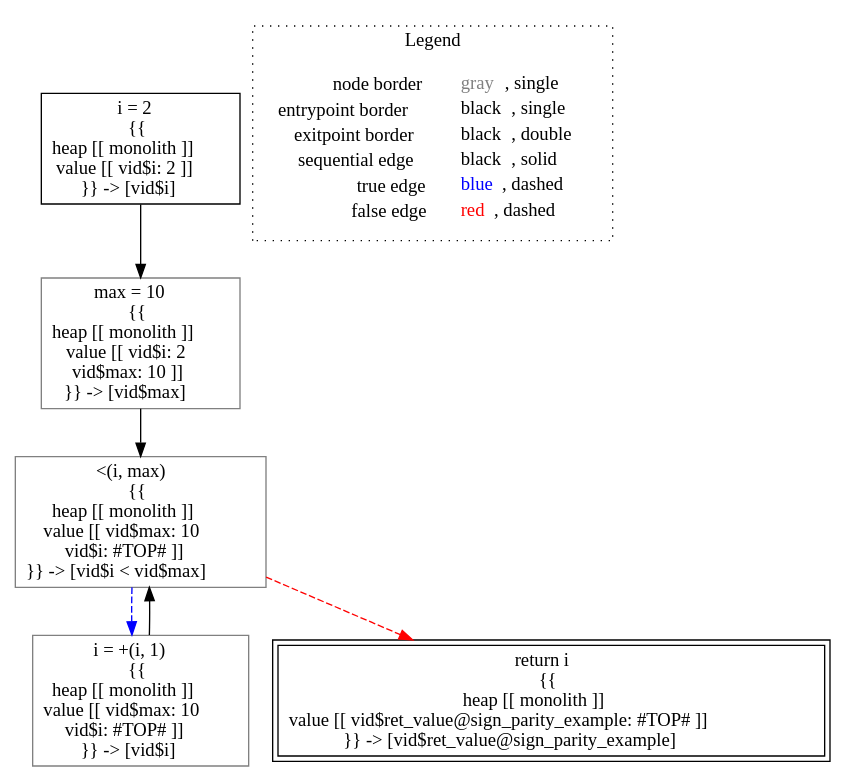
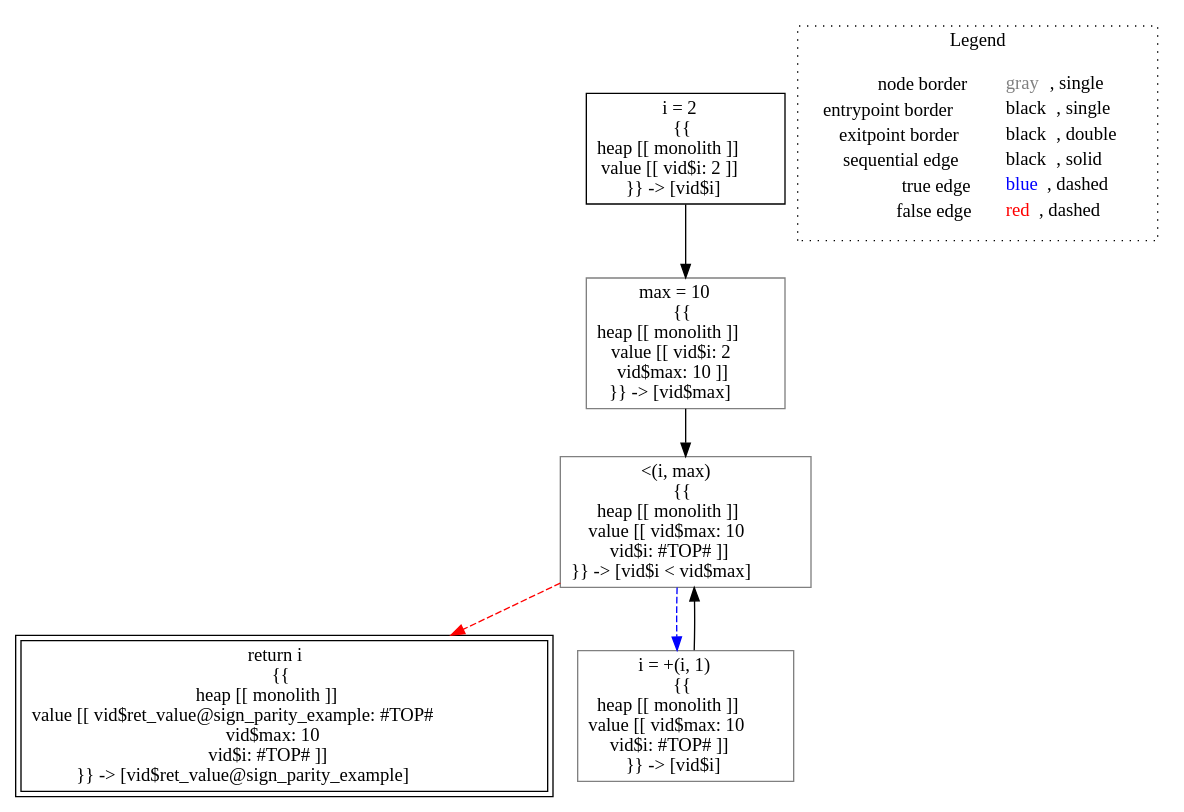
Before and after one commit to lisa-analyzer/lisa: the diagram in lisa/imp-testcases/int-const/analysis___untyped_tutorial.sign_parity_example().dot, drawn with Graphviz. The commit also changed 30 other files, not shown here.

```diff
--- a/lisa/imp-testcases/int-const/analysis___untyped_tutorial.sign_parity_example().dot
+++ b/lisa/imp-testcases/int-const/analysis___untyped_tutorial.sign_parity_example().dot
@@ -1,19 +1,19 @@
 digraph {
 	"node0" [shape="rect",color="black",label=<i = 2<BR/>{{<BR/>heap [[ monolith ]]<BR/>value [[ vid$i: 2 ]]<BR/>}} -&gt; [vid$i]>];
-	"node1" [shape="rect",color="gray",label=<max = 10<BR/>{{<BR/>heap [[ monolith ]]<BR/>value [[ vid$i: 2<BR/>vid$max: 10 ]]<BR/>}} -&gt; [vid$max]>];
-	"node2" [shape="rect",color="gray",label=<i = +(i, 1)<BR/>{{<BR/>heap [[ monolith ]]<BR/>value [[ vid$max: 10<BR/>vid$i: #TOP# ]]<BR/>}} -&gt; [vid$i]>];
-	"node3" [shape="rect",color="black",peripheries="2",label=<return i<BR/>{{<BR/>heap [[ monolith ]]<BR/>value [[ vid$ret_value@sign_parity_example: #TOP# ]]<BR/>}} -&gt; [vid$ret_value@sign_parity_example]>];
-	"node4" [shape="rect",color="gray",label=<&lt;(i, max)<BR/>{{<BR/>heap [[ monolith ]]<BR/>value [[ vid$max: 10<BR/>vid$i: #TOP# ]]<BR/>}} -&gt; [vid$i &lt; vid$max]>];
-	"node1" -> "node4" [color="black"];
-	"node2" -> "node4" [color="black"];
-	"node0" -> "node1" [color="black"];
-	"node4" -> "node2" [color="blue",style="dashed"];
-	"node4" -> "node3" [color="red",style="dashed"];
+	"node1" [shape="rect",color="gray",label=<&lt;(i, max)<BR/>{{<BR/>heap [[ monolith ]]<BR/>value [[ vid$max: 10<BR/>vid$i: #TOP# ]]<BR/>}} -&gt; [vid$i &lt; vid$max]>];
+	"node2" [shape="rect",color="black",peripheries="2",label=<return i<BR/>{{<BR/>heap [[ monolith ]]<BR/>value [[ vid$ret_value@sign_parity_example: #TOP#<BR/>vid$max: 10<BR/>vid$i: #TOP# ]]<BR/>}} -&gt; [vid$ret_value@sign_parity_example]>];
+	"node3" [shape="rect",color="gray",label=<max = 10<BR/>{{<BR/>heap [[ monolith ]]<BR/>value [[ vid$i: 2<BR/>vid$max: 10 ]]<BR/>}} -&gt; [vid$max]>];
+	"node4" [shape="rect",color="gray",label=<i = +(i, 1)<BR/>{{<BR/>heap [[ monolith ]]<BR/>value [[ vid$max: 10<BR/>vid$i: #TOP# ]]<BR/>}} -&gt; [vid$i]>];
+	"node1" -> "node2" [color="red",style="dashed"];
+	"node1" -> "node4" [color="blue",style="dashed"];
+	"node3" -> "node1" [color="black"];
+	"node0" -> "node3" [color="black"];
+	"node4" -> "node1" [color="black"];
 subgraph cluster_legend {
 	label="Legend";
 	style=dotted;
 	node [shape=plaintext];
 	"legend" [label=<<table border="0" cellpadding="2" cellspacing="0" cellborder="0"><tr><td align="right">node border&nbsp;</td><td align="left"><font color="gray">gray</font>, single</td></tr><tr><td align="right">entrypoint border&nbsp;</td><td align="left"><font color="black">black</font>, single</td></tr><tr><td align="right">exitpoint border&nbsp;</td><td align="left"><font color="black">black</font>, double</td></tr><tr><td align="right">sequential edge&nbsp;</td><td align="left"><font color="black">black</font>, solid</td></tr><tr><td align="right">true edge&nbsp;</td><td align="left"><font color="blue">blue</font>, dashed</td></tr><tr><td align="right">false edge&nbsp;</td><td align="left"><font color="red">red</font>, dashed</td></tr></table>>];
 }
 
 }
```
